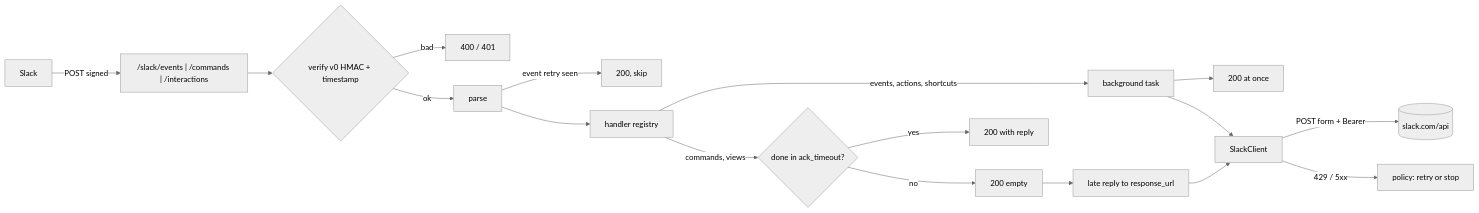
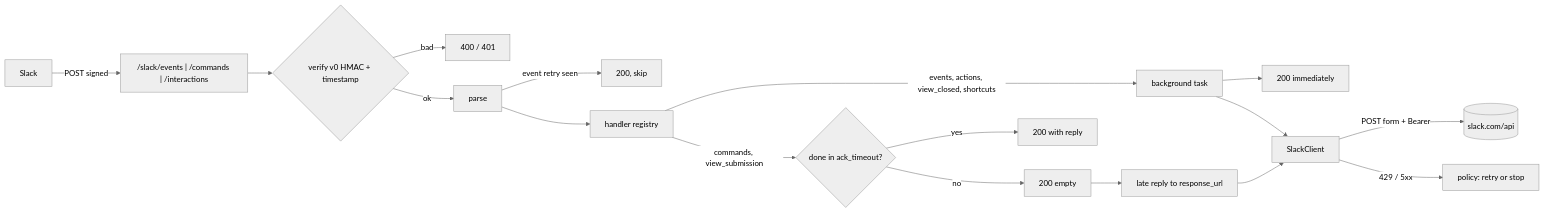
Before and after one commit to autumn-foundation/autumn-plugin-slack: the diagram in docs/plan.md, drawn with Mermaid (neutral theme). The commit also changed other lines of this file and 29 other files, not shown here.

````diff
--- a/docs/plan.md
+++ b/docs/plan.md
@@ -77,17 +77,17 @@
 ```mermaid
 flowchart LR
   S[Slack] -->|POST signed| R["/slack/events | /commands | /interactions"]
   R --> V{verify v0 HMAC + timestamp}
   V -->|bad| E4[400 / 401]
   V -->|ok| P[parse]
   P -->|event retry seen| D[200, skip]
   P --> H[handler registry]
-  H -->|events, actions, shortcuts| BG[background task] --> A1[200 at once]
-  H -->|commands, views| T{done in ack_timeout?}
+  H -->|events, actions, view_closed, shortcuts| BG[background task] --> A1[200 immediately]
+  H -->|commands, view_submission| T{done in ack_timeout?}
   T -->|yes| RESP[200 with reply]
   T -->|no| A2[200 empty] --> LATE[late reply to response_url]
   BG --> C[SlackClient]
   LATE --> C
   C -->|POST form + Bearer| API[(slack.com/api)]
   C -->|429 / 5xx| POL[policy: retry or stop]
 ```
````
